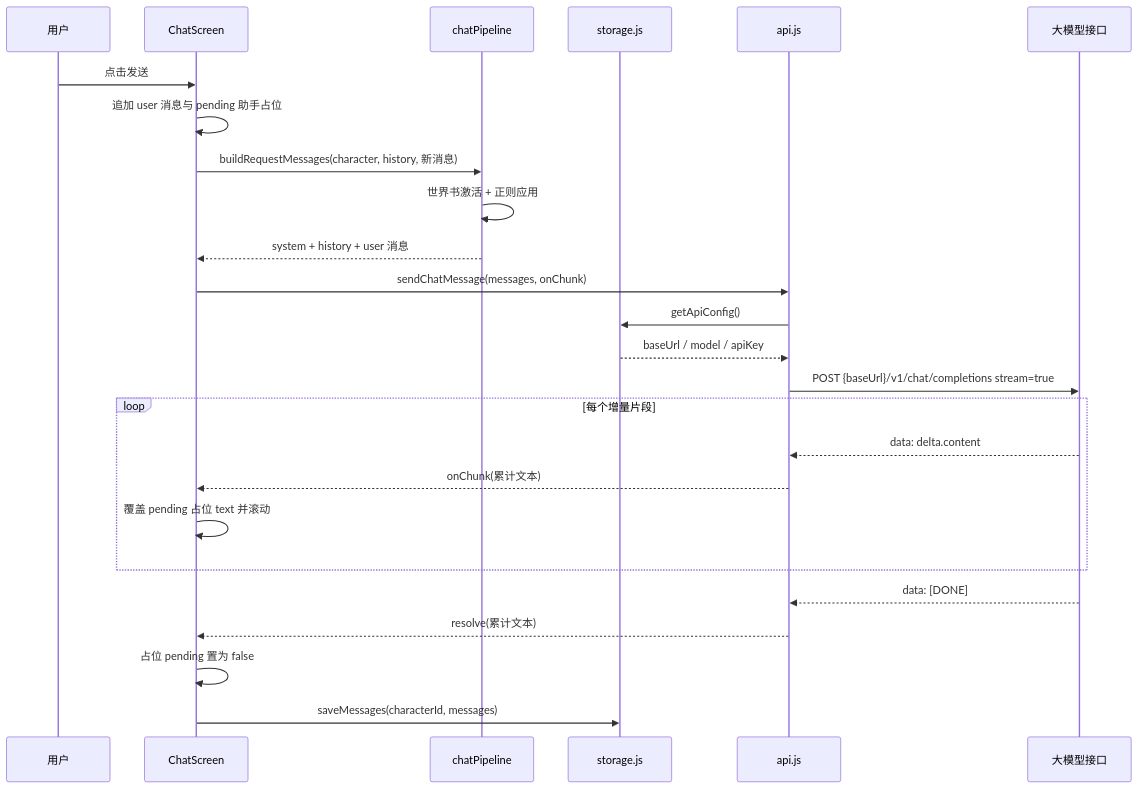
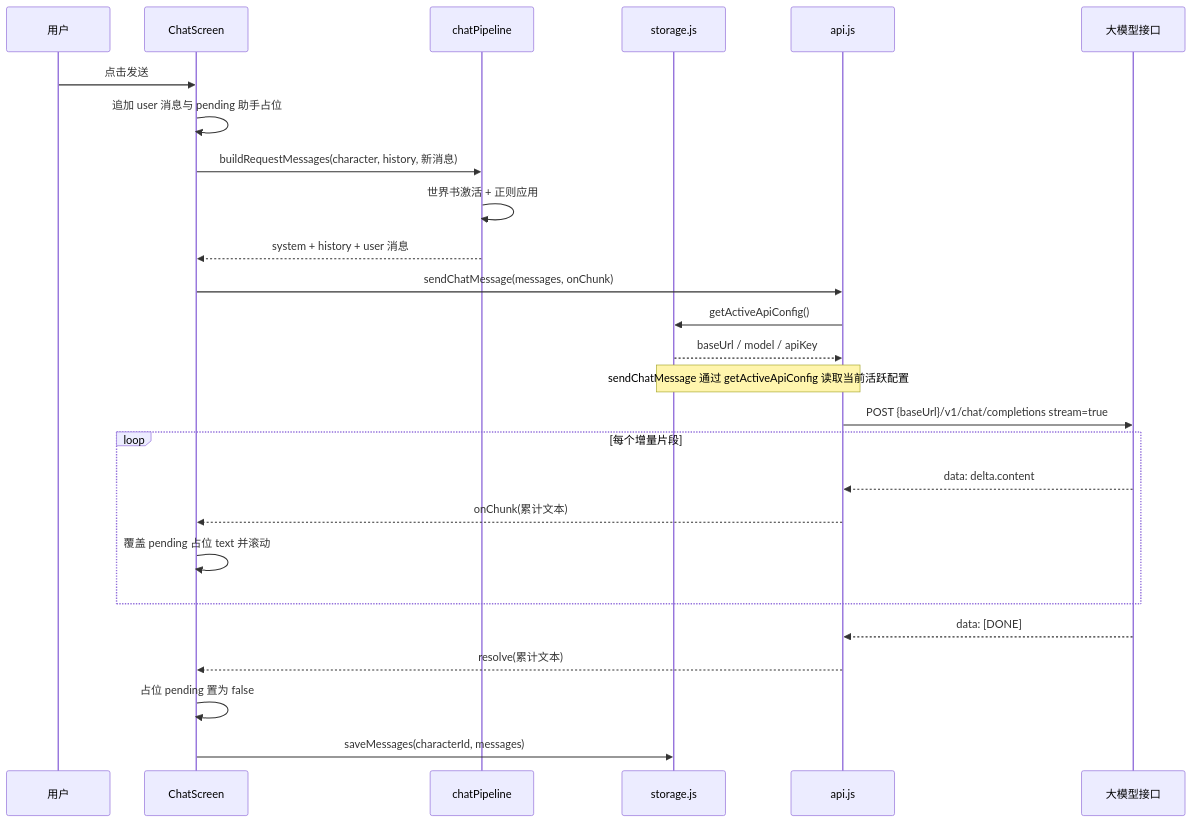
The second of 3 diagrams in .monkeycode/docs/ARCHITECTURE.md (pppxxxy/easychat2), drawn with Mermaid before and after one commit. The commit also changed other lines of this file and 14 other files, not shown here.

Commit message:
fix: html rendering for regex scripts, world book modal editing, multi-api-key config Co-authored-by: monkeycode-ai <monkeycode-ai@chaitin.com>

````diff
--- a/.monkeycode/docs/ARCHITECTURE.md
+++ b/.monkeycode/docs/ARCHITECTURE.md
@@ -195,28 +195,29 @@
 ```mermaid
 sequenceDiagram
     participant U as 用户
     participant C as ChatScreen
     participant P as chatPipeline
     participant S as storage.js
     participant A as api.js
     participant L as 大模型接口
 
     U->>C: 点击发送
     C->>C: 追加 user 消息与 pending 助手占位
     C->>P: buildRequestMessages(character, history, 新消息)
     P->>P: 世界书激活 + 正则应用
     P-->>C: system + history + user 消息
     C->>A: sendChatMessage(messages, onChunk)
-    A->>S: getApiConfig()
+    A->>S: getActiveApiConfig()
     S-->>A: baseUrl / model / apiKey
+    note over A,S: sendChatMessage 通过 getActiveApiConfig 读取当前活跃配置
     A->>L: POST {baseUrl}/v1/chat/completions stream=true
     loop 每个增量片段
         L-->>A: data: delta.content
         A-->>C: onChunk(累计文本)
         C->>C: 覆盖 pending 占位 text 并滚动
     end
     L-->>A: data: [DONE]
     A-->>C: resolve(累计文本)
     C->>C: 占位 pending 置为 false
     C->>S: saveMessages(characterId, messages)
 ```
````
